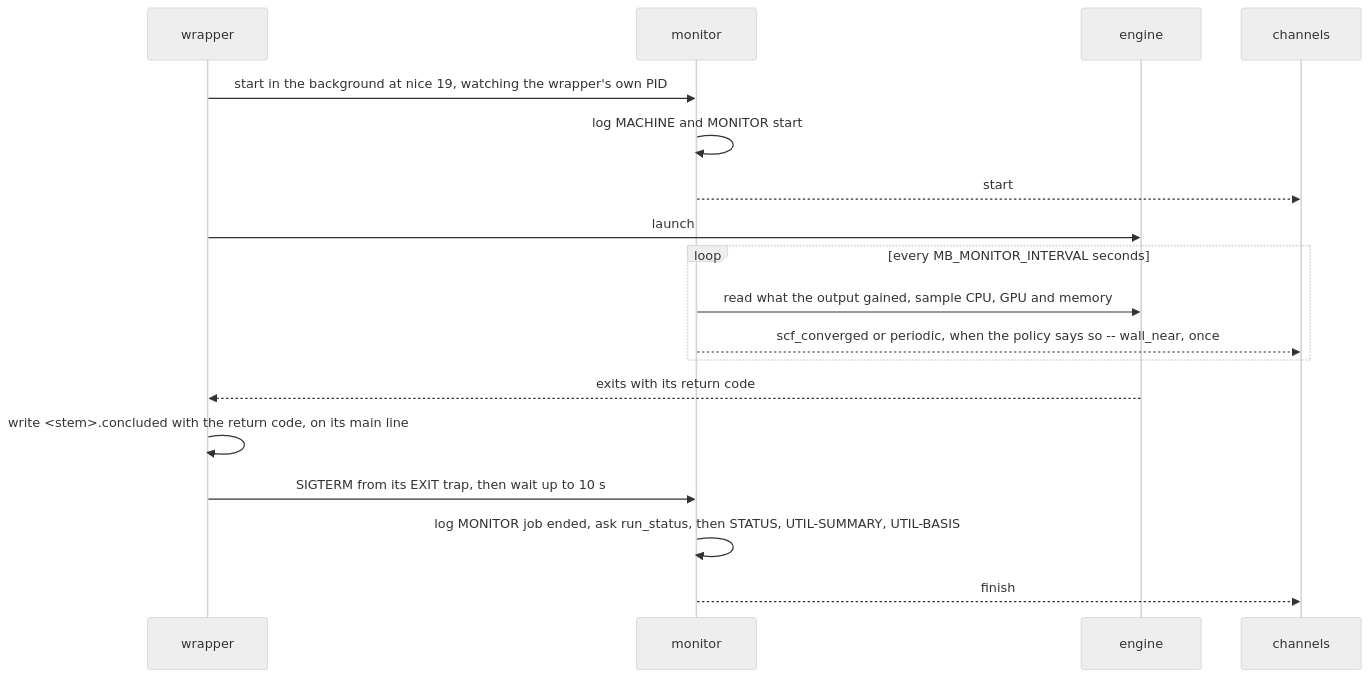
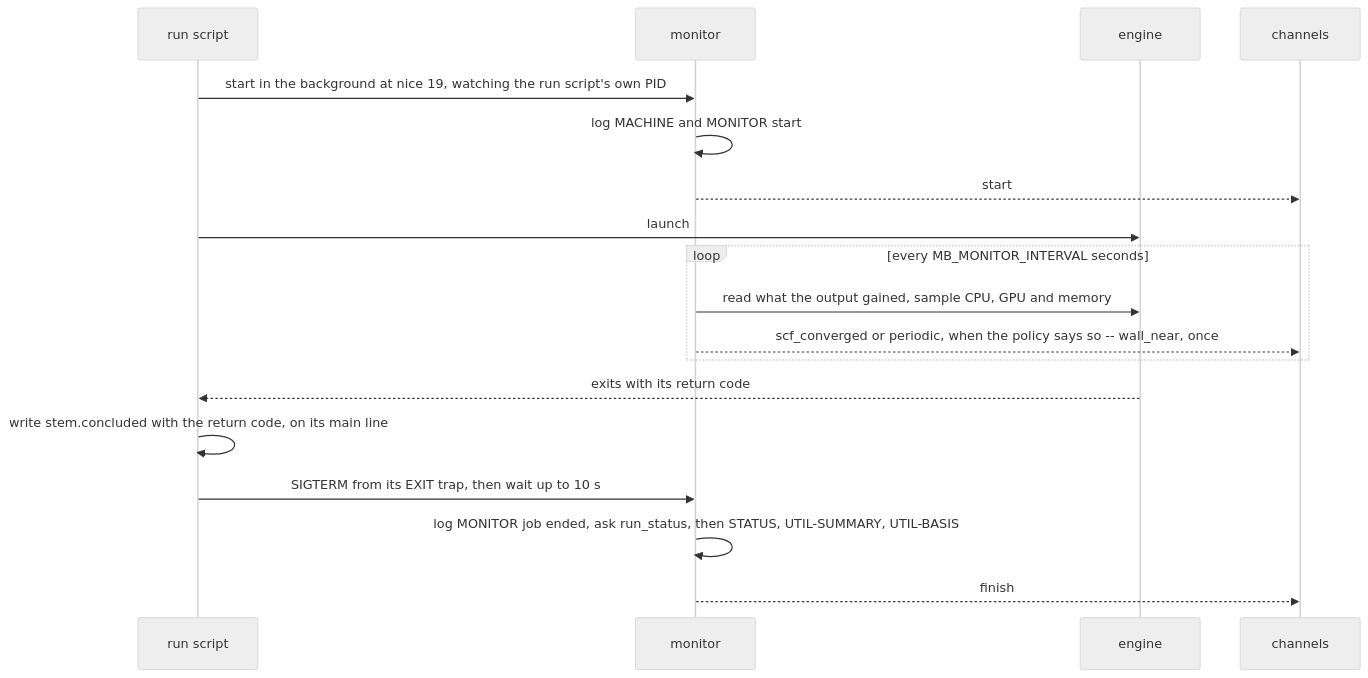
Before and after one commit to Qing-LAB/molbuilder: the second of 4 diagrams in docs/execution/run-reports.md, drawn with Mermaid (neutral theme). The commit also changed other lines of this file and 30 other files, not shown here.

````diff
--- a/docs/execution/run-reports.md
+++ b/docs/execution/run-reports.md
@@ -337,20 +316,20 @@
 ```mermaid
 sequenceDiagram
-    participant W as wrapper
+    participant W as run script
     participant M as monitor
     participant E as engine
     participant C as channels
-    W->>M: start in the background at nice 19, watching the wrapper's own PID
+    W->>M: start in the background at nice 19, watching the run script's own PID
     M->>M: log MACHINE and MONITOR start
     M-->>C: start
     W->>E: launch
     loop every MB_MONITOR_INTERVAL seconds
         M->>E: read what the output gained, sample CPU, GPU and memory
         M-->>C: scf_converged or periodic, when the policy says so -- wall_near, once
     end
     E-->>W: exits with its return code
-    W->>W: write <stem>.concluded with the return code, on its main line
+    W->>W: write stem.concluded with the return code, on its main line
     W->>M: SIGTERM from its EXIT trap, then wait up to 10 s
     M->>M: log MONITOR job ended, ask run_status, then STATUS, UTIL-SUMMARY, UTIL-BASIS
     M-->>C: finish
 ```
````
